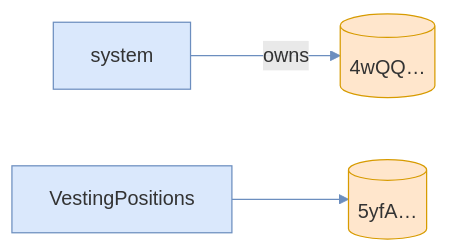
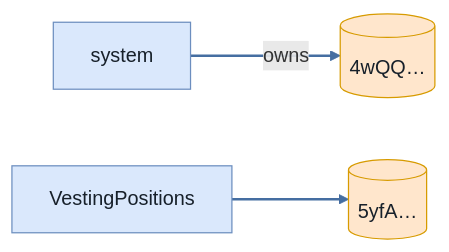
The ninth of 9 diagrams in babelfish-tests/test-report/close_receipt_fails_while_campaign_active.md (cds-turbin3/vesting-position), drawn with Mermaid before and after one commit. The commit also changed other lines of this file and 106 other files, not shown here.

````diff
--- a/babelfish-tests/test-report/close_receipt_fails_while_campaign_active.md
+++ b/babelfish-tests/test-report/close_receipt_fails_while_campaign_active.md
@@ -408,13 +406,13 @@
 ```mermaid
 flowchart LR
     system["system"]:::program
     n4wQQ[("4wQQ…")]:::state
     VestingPositions["VestingPositions"]:::program
     n5yfA[("5yfA…")]:::state
     system -->|owns| n4wQQ
     VestingPositions --> n5yfA
-    classDef program fill:#dae8fc,stroke:#6c8ebf;
-    classDef signer fill:#d5e8d4,stroke:#82b366;
-    classDef state fill:#ffe6cc,stroke:#d79b00;
-    linkStyle 0,1 stroke:#6c8ebf
+    classDef program fill:#dae8fc,stroke:#6c8ebf,color:#17202a;
+    classDef signer fill:#d5e8d4,stroke:#82b366,color:#17202a;
+    classDef state fill:#ffe6cc,stroke:#d79b00,color:#17202a;
+    linkStyle 0,1 stroke:#456ea1,stroke-width:2px
 ```
````
